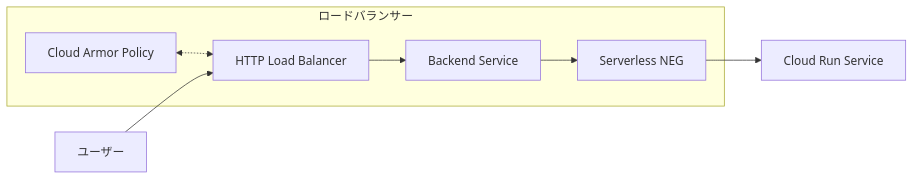
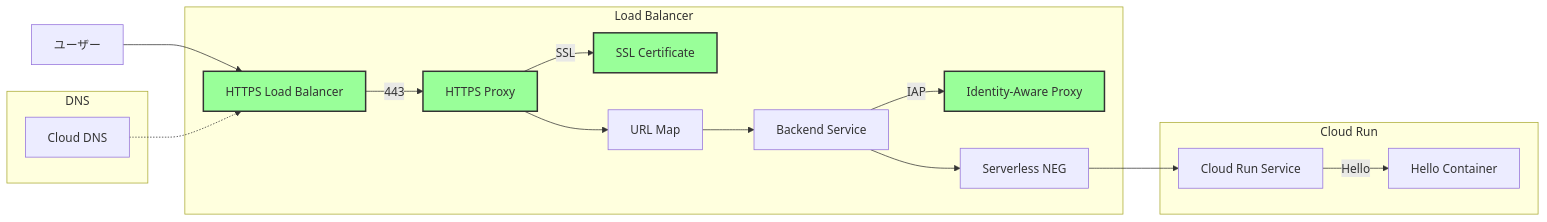
Before and after one commit to sousquared/practice-user-restricted-cloud-run: the diagram in README.md, drawn with Mermaid. The commit also changed other lines of this file and 2 other files, not shown here.

````diff
--- a/README.md
+++ b/README.md
@@ -7,12 +8,27 @@
 ```mermaid
 graph LR
-    subgraph ロードバランサー
-        LB[HTTP Load Balancer] 
-        CA[Cloud Armor Policy] <-.-> LB
-        LB --> BS[Backend Service]
+    U[ユーザー] --> LB[HTTPS Load Balancer]
+
+    subgraph LoadBalancer [Load Balancer]
+        LB[HTTPS Load Balancer]
+        LB --> |443| HTTPS[HTTPS Proxy]
+        HTTPS --> |SSL| SSL[SSL Certificate]
+        HTTPS --> URL[URL Map]
+        URL --> BS[Backend Service]
+        BS --> |IAP| IAP[Identity-Aware Proxy]
         BS --> NEG[Serverless NEG]
     end
 
-    U[ユーザー] --> LB
-    NEG --> CR[Cloud Run Service]
+    subgraph CloudRun [Cloud Run]
+        NEG --> CR[Cloud Run Service]
+        CR --> |Hello| Container[Hello Container]
+    end
+
+    subgraph DNS_Group [DNS]
+        DNS_Node[Cloud DNS] -.-> LB
+    end
+
+    classDef lb fill:#f9f,stroke:#333,stroke-width:2px;
+    classDef secure fill:#9f9,stroke:#333,stroke-width:2px;
+    class LB,HTTPS,SSL,IAP secure;
 ```
````
